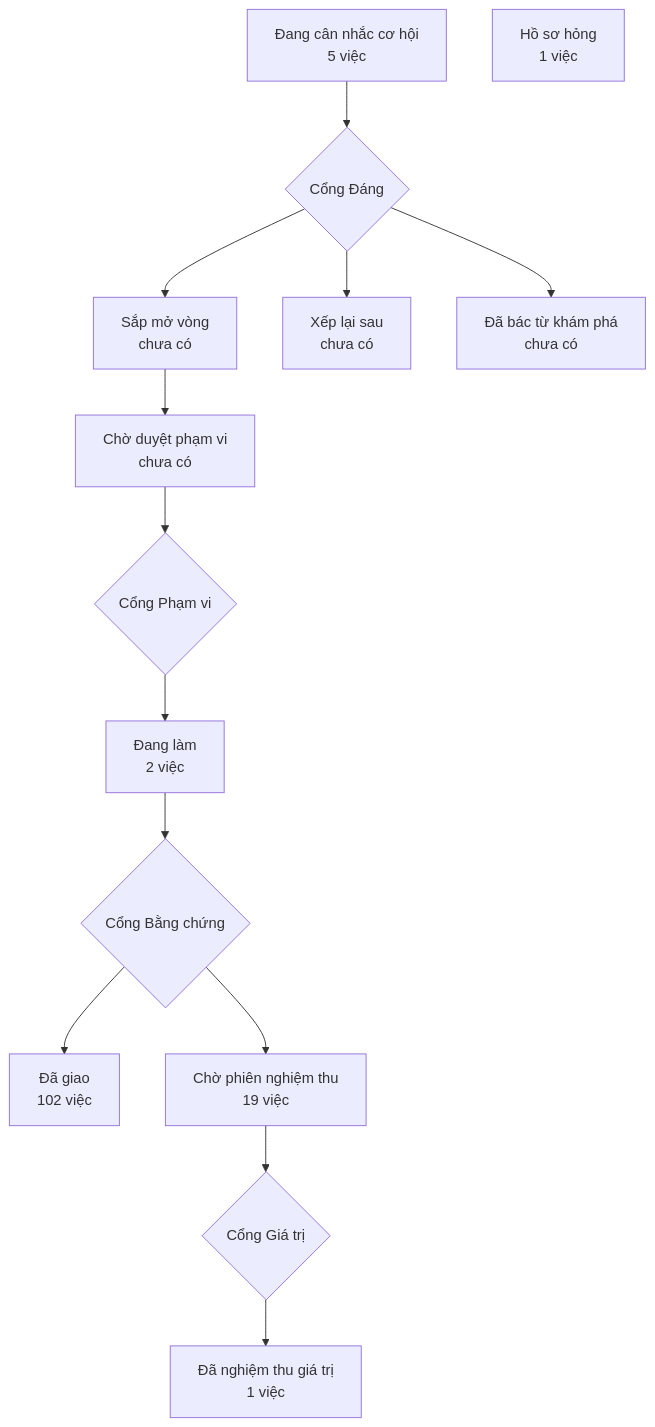
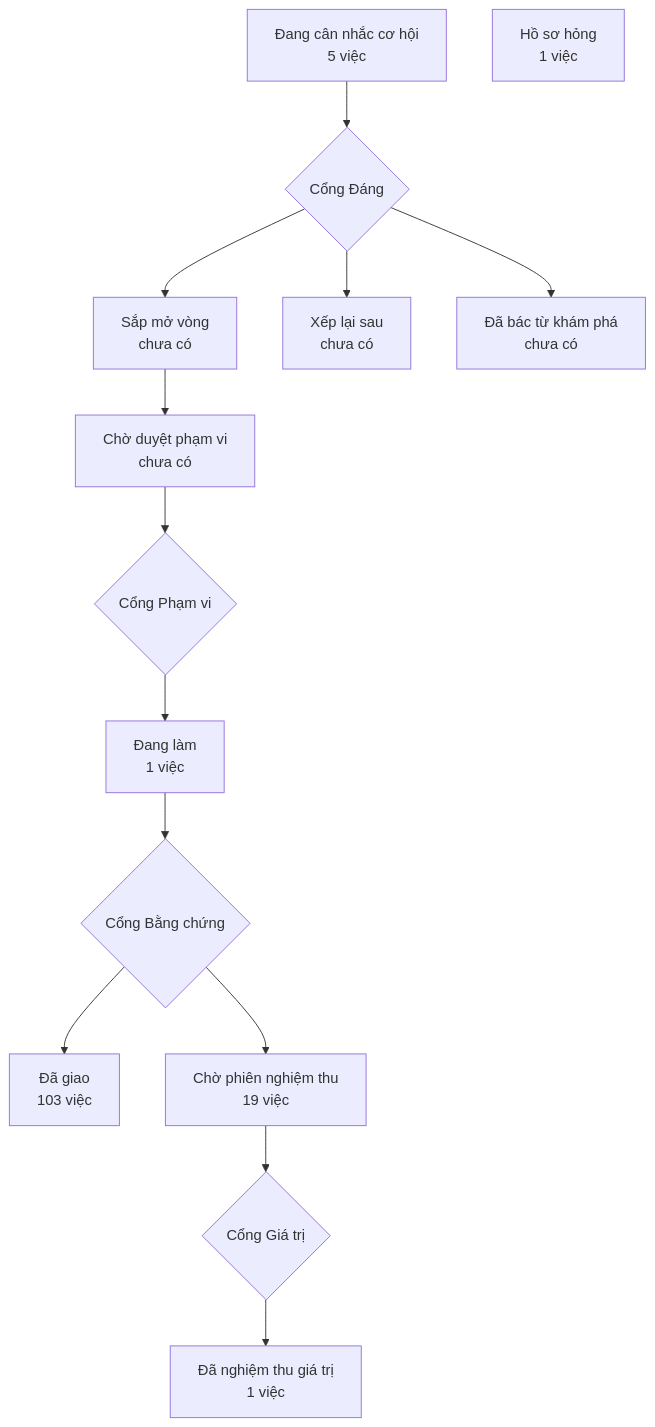
Before and after one commit to phanlemanh/crm-onehub: the diagram in PRODUCT-MAP.md, drawn with Mermaid. The commit also changed 3 other files, not shown here.

````diff
--- a/PRODUCT-MAP.md
+++ b/PRODUCT-MAP.md
@@ -6,13 +6,13 @@
 ```mermaid
 flowchart TD
   A["Đang cân nhắc cơ hội<br/>5 việc"] --> GD{"Cổng Đáng"}
   GD --> B["Sắp mở vòng<br/>chưa có"]
   GD --> XL["Xếp lại sau<br/>chưa có"]
   GD --> DB["Đã bác từ khám phá<br/>chưa có"]
   B --> CD["Chờ duyệt phạm vi<br/>chưa có"] --> GP{"Cổng Phạm vi"}
-  GP --> DL["Đang làm<br/>2 việc"] --> GB{"Cổng Bằng chứng"}
-  GB --> DG["Đã giao<br/>102 việc"]
+  GP --> DL["Đang làm<br/>1 việc"] --> GB{"Cổng Bằng chứng"}
+  GB --> DG["Đã giao<br/>103 việc"]
   GB --> CN["Chờ phiên nghiệm thu<br/>19 việc"] --> GG{"Cổng Giá trị"}
   GG --> NT["Đã nghiệm thu giá trị<br/>1 việc"]
   HS["Hồ sơ hỏng<br/>1 việc"]
 ```
````
